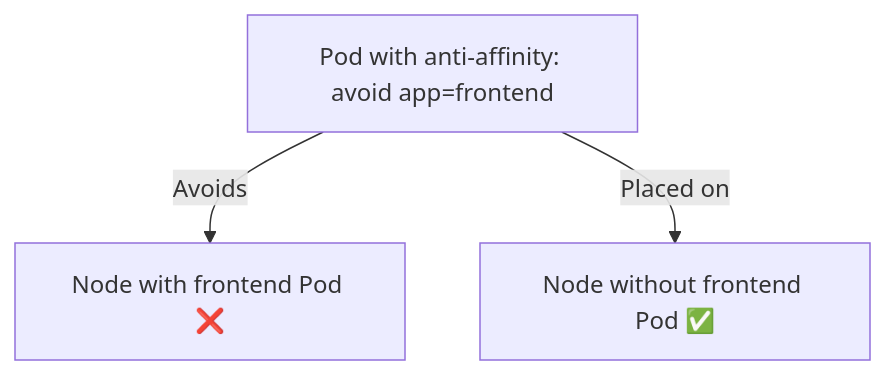
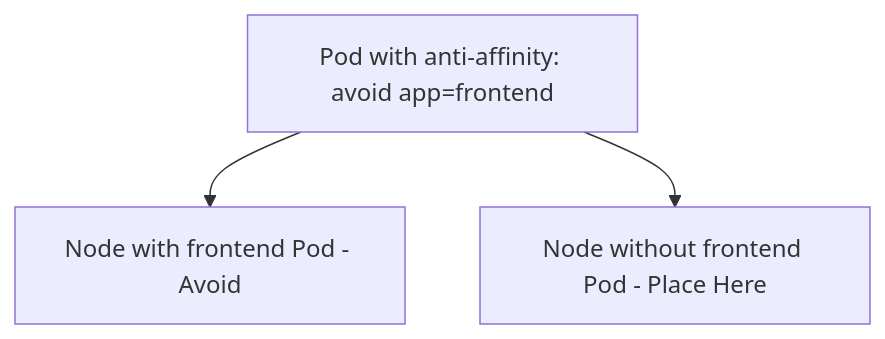
One commit to Keshavvv21/100-days-cloud changed the fourth of 4 diagrams in day-53/KubernetesScheduling.md. Above: the diagram before and after it, drawn with Mermaid. The commit also changed other lines of this file, not shown here.

````diff
--- a/day-53/KubernetesScheduling.md
+++ b/day-53/KubernetesScheduling.md
@@ -163,5 +184,9 @@
 ```mermaid
 flowchart TD
-    A[Pod with anti-affinity: avoid app=frontend] -->|Avoids| B[Node with frontend Pod ❌]
-    A -->|Placed on| C[Node without frontend Pod ✅]
+    A[Pod with anti-affinity: avoid app=frontend]
+    B[Node with frontend Pod - Avoid]
+    C[Node without frontend Pod - Place Here]
+
+    A --> B
+    A --> C
 ```
````
